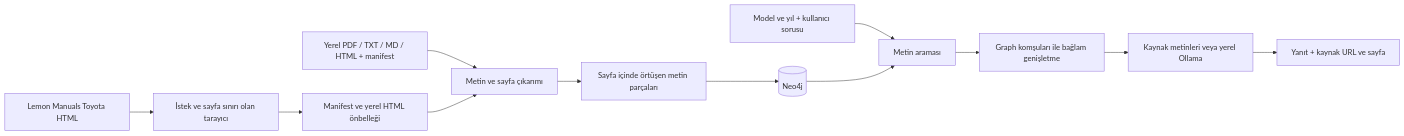
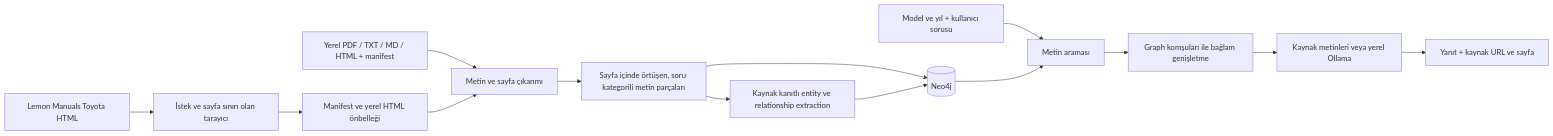
The first of 2 diagrams in docs/architecture.md (ygtali1/CARAGENT), drawn with Mermaid before and after one commit. The commit also changed other lines of this file and 21 other files, not shown here.

Commit message:
Complete CAR-5 Toyota GraphRAG pipeline

````diff
--- a/docs/architecture.md
+++ b/docs/architecture.md
@@ -9,14 +9,16 @@
 ```mermaid
 flowchart LR
     L[Lemon Manuals Toyota HTML] --> C[İstek ve sayfa sınırı olan tarayıcı]
     F[Yerel PDF / TXT / MD / HTML + manifest] --> P[Metin ve sayfa çıkarımı]
     C --> J[Manifest ve yerel HTML önbelleği]
     J --> P
-    P --> K[Sayfa içinde örtüşen metin parçaları]
+    P --> K[Sayfa içinde örtüşen, soru kategorili metin parçaları]
+    K --> X[Kaynak kanıtlı entity ve relationship extraction]
     K --> G[(Neo4j)]
+    X --> G
     Q[Model ve yıl + kullanıcı sorusu] --> R[Metin araması]
     G --> R
     R --> E[Graph komşuları ile bağlam genişletme]
     E --> A[Kaynak metinleri veya yerel Ollama]
     A --> U[Yanıt + kaynak URL ve sayfa]
 ```
````
